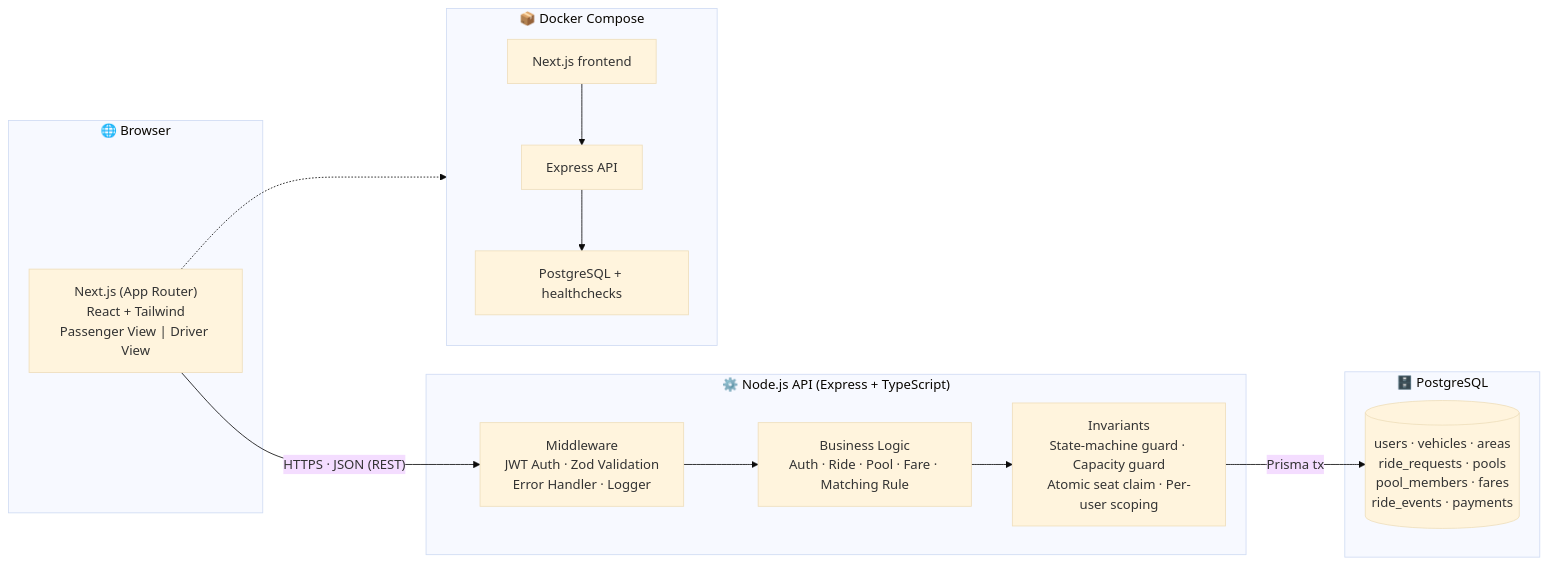
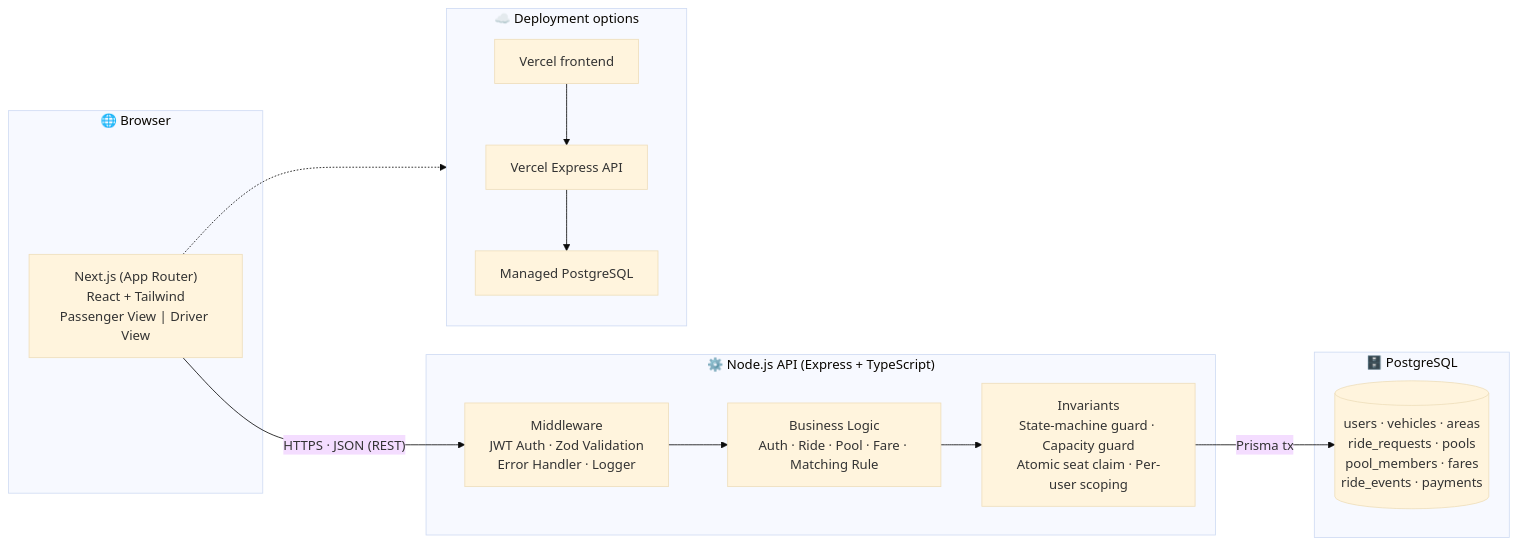
The first of 4 diagrams in README.md (Saiful1253/Dhaka-Tasla-Task), drawn with Mermaid (base theme) before and after one commit. The commit also changed other lines of this file and 16 other files, not shown here.

````diff
--- a/README.md
+++ b/README.md
@@ -88,26 +89,26 @@
 ```mermaid
 flowchart LR
     subgraph Client["🌐 Browser"]
         UI["Next.js (App Router)\nReact + Tailwind\nPassenger View | Driver View"]
     end
 
     subgraph Server["⚙️ Node.js API (Express + TypeScript)"]
         MW["Middleware\nJWT Auth · Zod Validation\nError Handler · Logger"]
         SVC["Business Logic\nAuth · Ride · Pool · Fare · Matching Rule"]
         GUARD["Invariants\nState-machine guard · Capacity guard\nAtomic seat claim · Per-user scoping"]
     end
 
     subgraph Data["🗄️ PostgreSQL"]
         T[("users · vehicles · areas\nride_requests · pools\npool_members · fares\nride_events · payments")]
     end
 
-    subgraph Ops["📦 Docker Compose"]
-        C0["Next.js frontend"] --> C1["Express API"] --> C2["PostgreSQL + healthchecks"]
+    subgraph Ops["☁️ Deployment options"]
+        C0["Vercel frontend"] --> C1["Vercel Express API"] --> C2["Managed PostgreSQL"]
     end
 
     UI -- "HTTPS · JSON (REST)" --> MW
     MW --> SVC
     SVC --> GUARD
     GUARD -- "Prisma tx" --> T
     UI -.-> Ops
 ```
````
